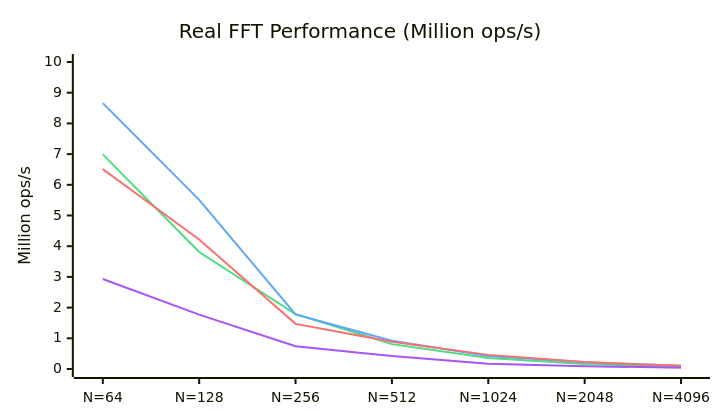
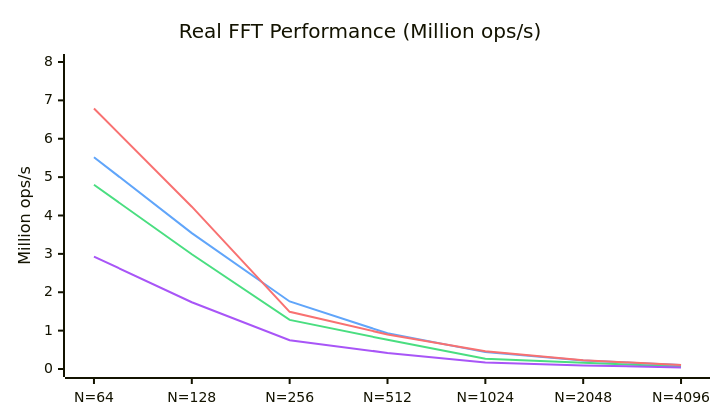
Before and after one commit to EmNudge/wat-fft: the second of 2 diagrams in README.md, drawn with Mermaid. The commit also changed other lines of this file and 6 other files, not shown here.

````diff
--- a/README.md
+++ b/README.md
@@ -59,19 +59,19 @@
 ```mermaid
 ---
 config:
     xyChart:
         width: 700
         height: 400
     themeVariables:
         xyChart:
             plotColorPalette: "#4ade80, #60a5fa, #f87171, #a855f7"
 ---
 xychart-beta
     title "Real FFT Performance (Million ops/s)"
     x-axis [N=64, N=128, N=256, N=512, N=1024, N=2048, N=4096]
-    y-axis "Million ops/s" 0 --> 10
-    line [6.99, 3.81, 1.79, 0.81, 0.36, 0.165, 0.063]
-    line [8.66, 5.51, 1.78, 0.92, 0.42, 0.219, 0.102]
-    line [6.51, 4.22, 1.47, 0.89, 0.46, 0.226, 0.106]
-    line [2.93, 1.77, 0.74, 0.42, 0.17, 0.092, 0.039]
+    y-axis "Million ops/s" 0 --> 8
+    line [4.80, 2.99, 1.28, 0.76, 0.27, 0.16, 0.062]
+    line [5.52, 3.54, 1.76, 0.93, 0.44, 0.221, 0.102]
+    line [6.79, 4.23, 1.49, 0.90, 0.46, 0.226, 0.106]
+    line [2.93, 1.74, 0.75, 0.42, 0.17, 0.094, 0.039]
 ```
````
